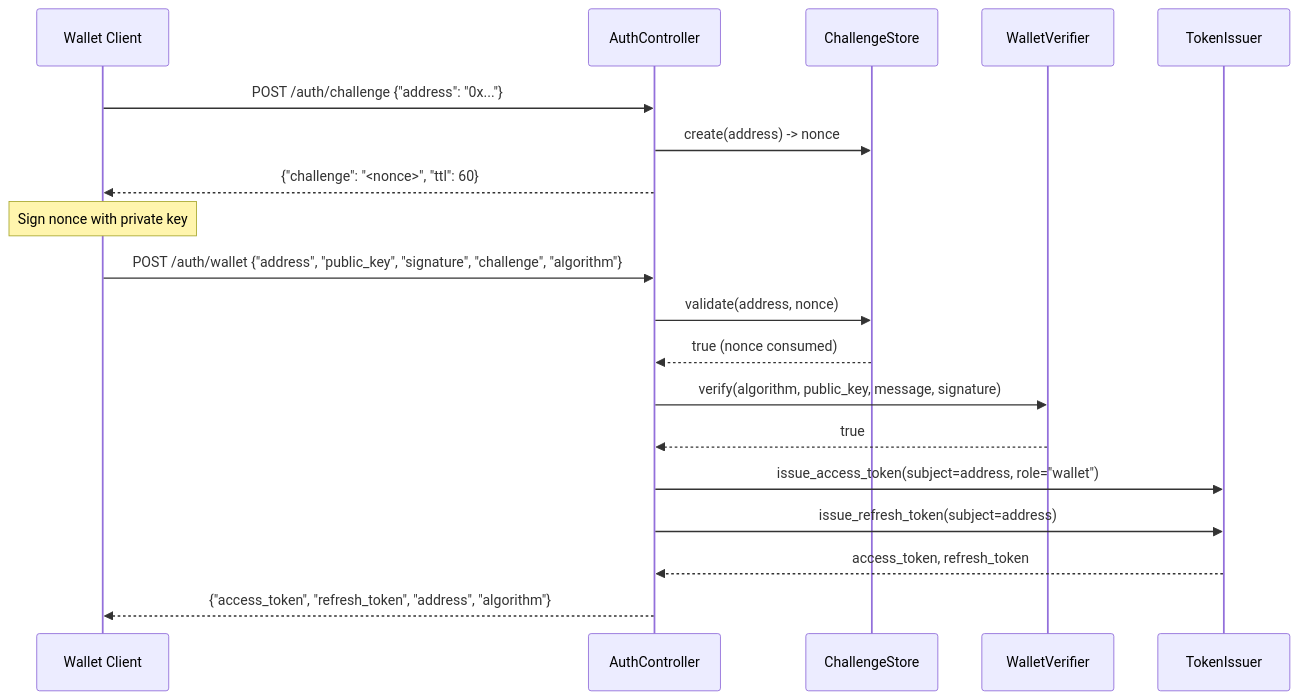
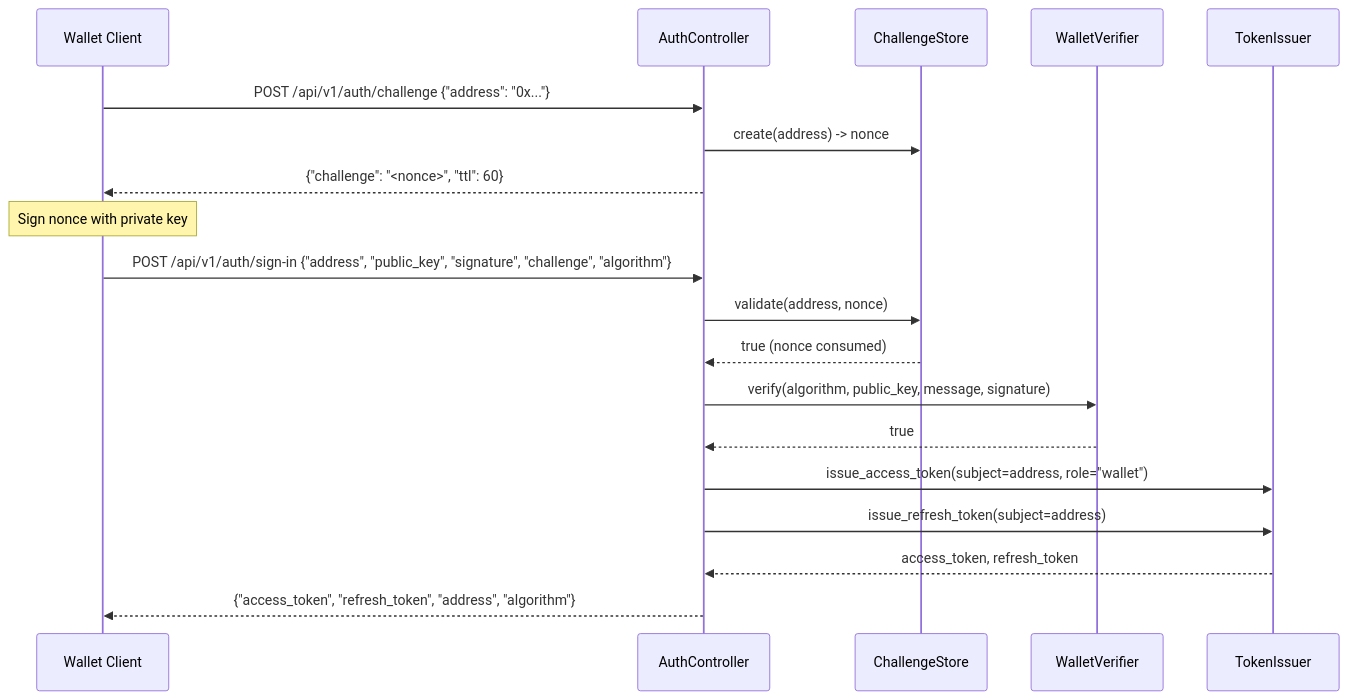
Before and after one commit to dperezcabrera/pico-server-auth: the fourth of 4 diagrams in docs/architecture.md, drawn with Mermaid. The commit also changed other lines of this file and 20 other files, not shown here.

Commit message:
Standardize API routes to /api/v1/auth/, fix CI and docs

````diff
--- a/docs/architecture.md
+++ b/docs/architecture.md
@@ -72,24 +72,24 @@
 ```mermaid
 sequenceDiagram
     participant W as Wallet Client
     participant A as AuthController
     participant CS as ChallengeStore
     participant WV as WalletVerifier
     participant TI as TokenIssuer
 
-    W->>A: POST /auth/challenge {"address": "0x..."}
+    W->>A: POST /api/v1/auth/challenge {"address": "0x..."}
     A->>CS: create(address) -> nonce
     A-->>W: {"challenge": "<nonce>", "ttl": 60}
 
     Note over W: Sign nonce with private key
 
-    W->>A: POST /auth/wallet {"address", "public_key", "signature", "challenge", "algorithm"}
+    W->>A: POST /api/v1/auth/sign-in {"address", "public_key", "signature", "challenge", "algorithm"}
     A->>CS: validate(address, nonce)
     CS-->>A: true (nonce consumed)
     A->>WV: verify(algorithm, public_key, message, signature)
     WV-->>A: true
     A->>TI: issue_access_token(subject=address, role="wallet")
     A->>TI: issue_refresh_token(subject=address)
     TI-->>A: access_token, refresh_token
     A-->>W: {"access_token", "refresh_token", "address", "algorithm"}
 ```
````
